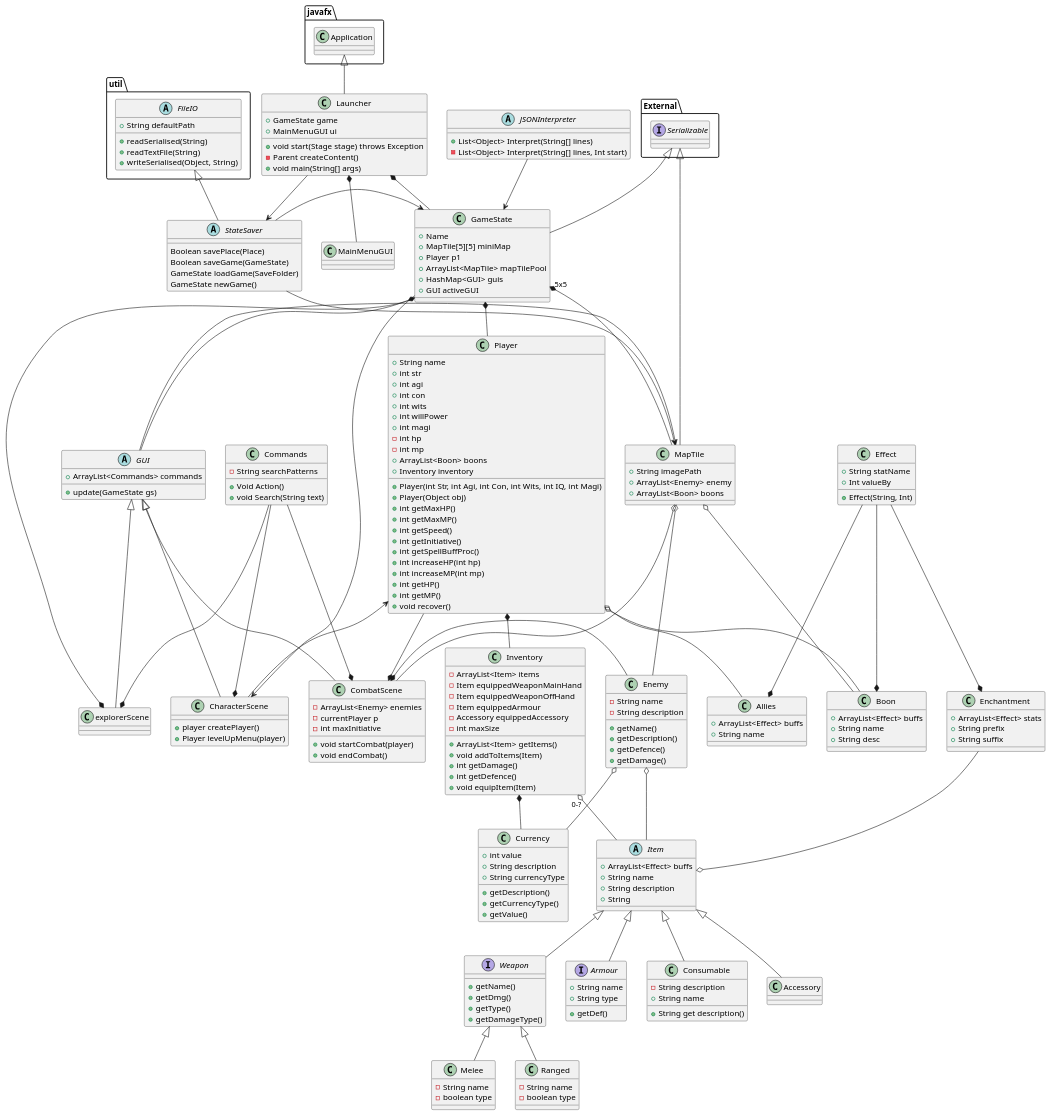
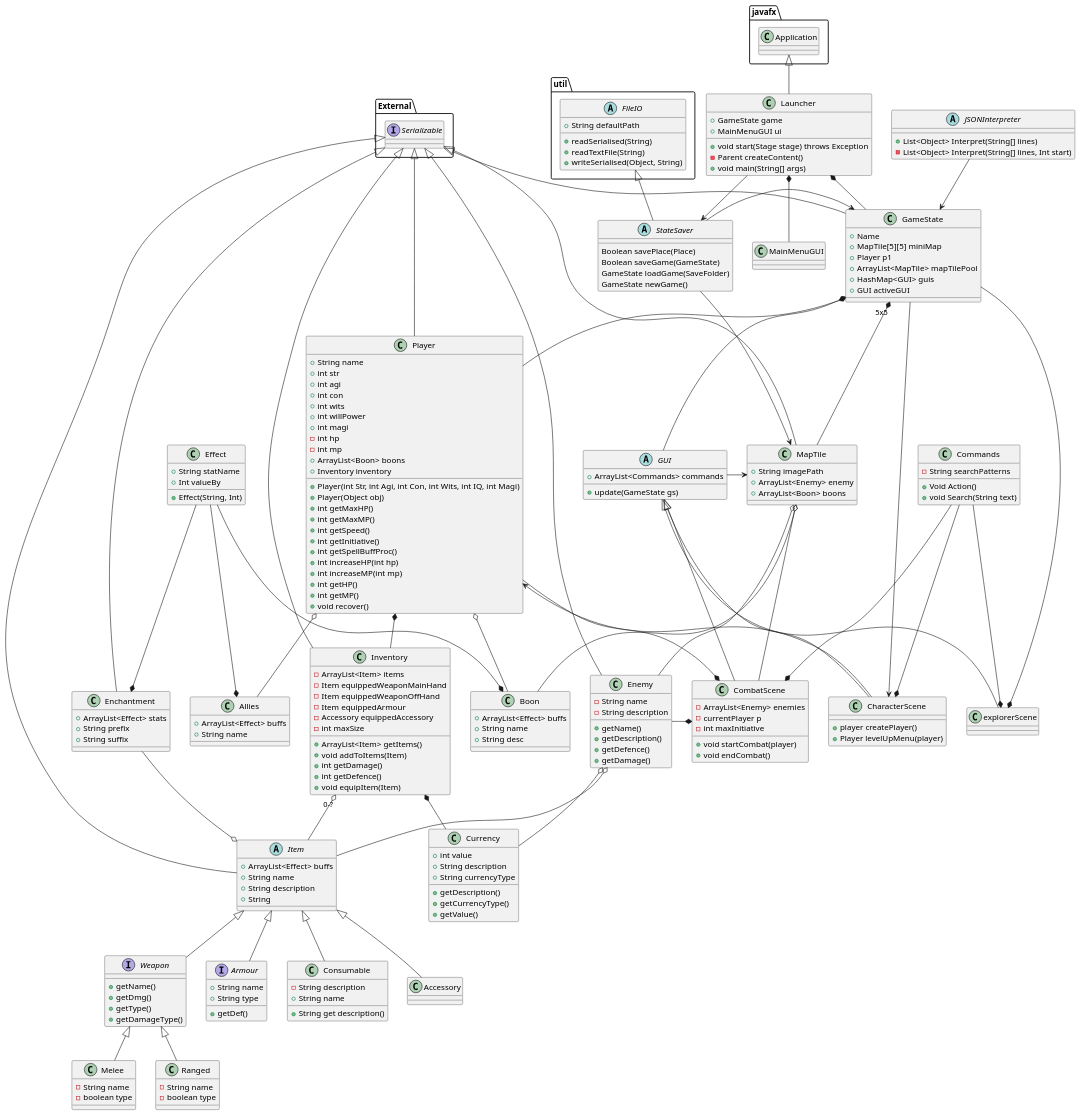
The diagram in Documentation/klassediagram.puml (SirRolin/Philoshopers-ICE), drawn with PlantUML before and after one commit. The commit also changed 4 other files, not shown here.

```diff
--- a/Documentation/klassediagram.puml
+++ b/Documentation/klassediagram.puml
@@ -47,7 +47,7 @@
     + Void Action()
     + void Search(String text)
 }
-class Player {
+class Player extends External.Serializable {
     + Player(int Str, int Agi, int Con, int Wits, int IQ, int Magi)
     + Player(Object obj)
     + String name
@@ -81,7 +81,7 @@
     + ArrayList<Effect> buffs
     + String name
 }
-class Inventory {
+class Inventory extends External.Serializable {
     - ArrayList<Item> items
     - Item equippedWeaponMainHand
     - Item equippedWeaponOffHand
@@ -99,7 +99,7 @@
     + ArrayList<Enemy> enemy
     + ArrayList<Boon> boons
 }
-abstract class Item{
+abstract class Item extends External.Serializable{
     + ArrayList<Effect> buffs
     + String name
     + String description
@@ -131,7 +131,7 @@
 }
 class Accessory extends Item{
 }
-class Enchantment{
+class Enchantment extends External.Serializable{
     + ArrayList<Effect> stats
     + String prefix
     + String suffix
@@ -145,7 +145,7 @@
     + getValue()
 
 }
-class Enemy{
+class Enemy extends External.Serializable {
     - String name
     - String description
     + getName()
```
